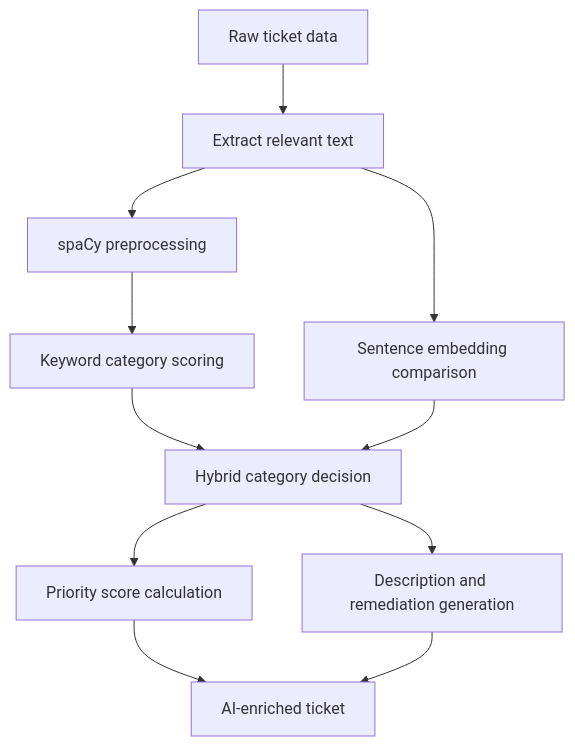
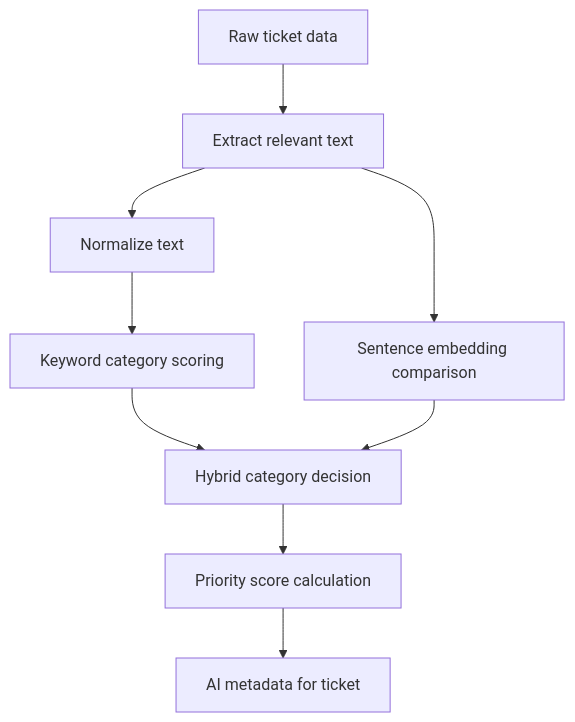
The diagram in docs/services/ai-service/overview.md (Plymouth-University/comp2003-2025-2026-team-3), drawn with Mermaid before and after one commit. The commit also changed other lines of this file and 5 other files, not shown here.

````diff
--- a/docs/services/ai-service/overview.md
+++ b/docs/services/ai-service/overview.md
@@ -86,13 +81,11 @@
 ```mermaid
 flowchart TD
   Raw[Raw ticket data] --> Extract[Extract relevant text]
-  Extract --> Clean[spaCy preprocessing]
-  Clean --> Keyword[Keyword category scoring]
+  Extract --> Normalize[Normalize text]
+  Normalize --> Keyword[Keyword category scoring]
   Extract --> Semantic[Sentence embedding comparison]
   Keyword --> Decision[Hybrid category decision]
   Semantic --> Decision
   Decision --> Priority[Priority score calculation]
-  Decision --> Description[Description and remediation generation]
-  Priority --> Output[AI-enriched ticket]
-  Description --> Output
+  Priority --> Output[AI metadata for ticket]
 ```
````
